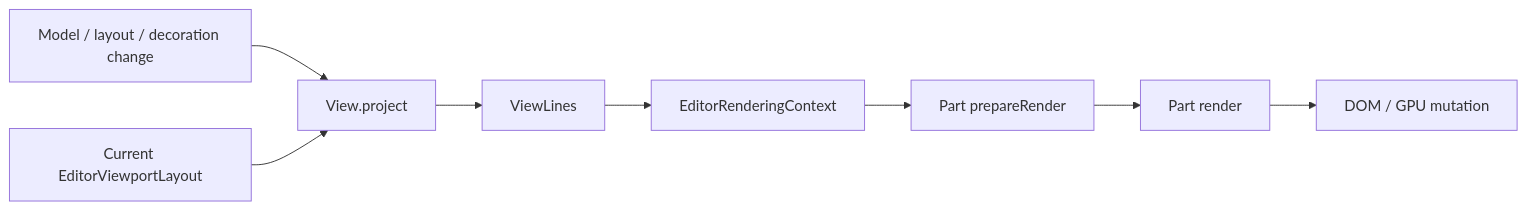
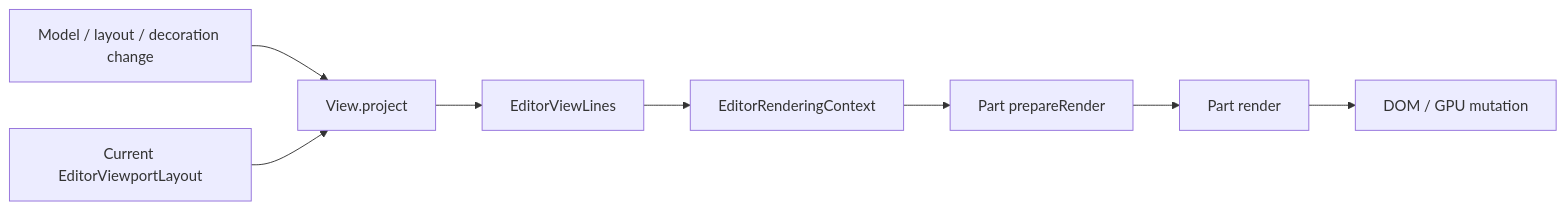
One commit to chogng/zeta changed the second of 2 diagrams in zeta-ts/src/zeta/editor/text-engine.md. Above: the diagram before and after it, drawn with Mermaid. The commit also changed other lines of this file and 313 other files, not shown here.

````diff
--- a/zeta-ts/src/zeta/editor/text-engine.md
+++ b/zeta-ts/src/zeta/editor/text-engine.md
@@ -90,10 +103,10 @@
 ```mermaid
 flowchart LR
     Change[Model / layout / decoration change] --> Project[View.project]
     Layout[Current EditorViewportLayout] --> Project
-    Project --> Lines[ViewLines]
+    Project --> Lines[EditorViewLines]
     Lines --> Context[EditorRenderingContext]
     Context --> Prepare[Part prepareRender]
     Prepare --> Parts[Part render]
     Parts --> DOM[DOM / GPU mutation]
 ```
````
